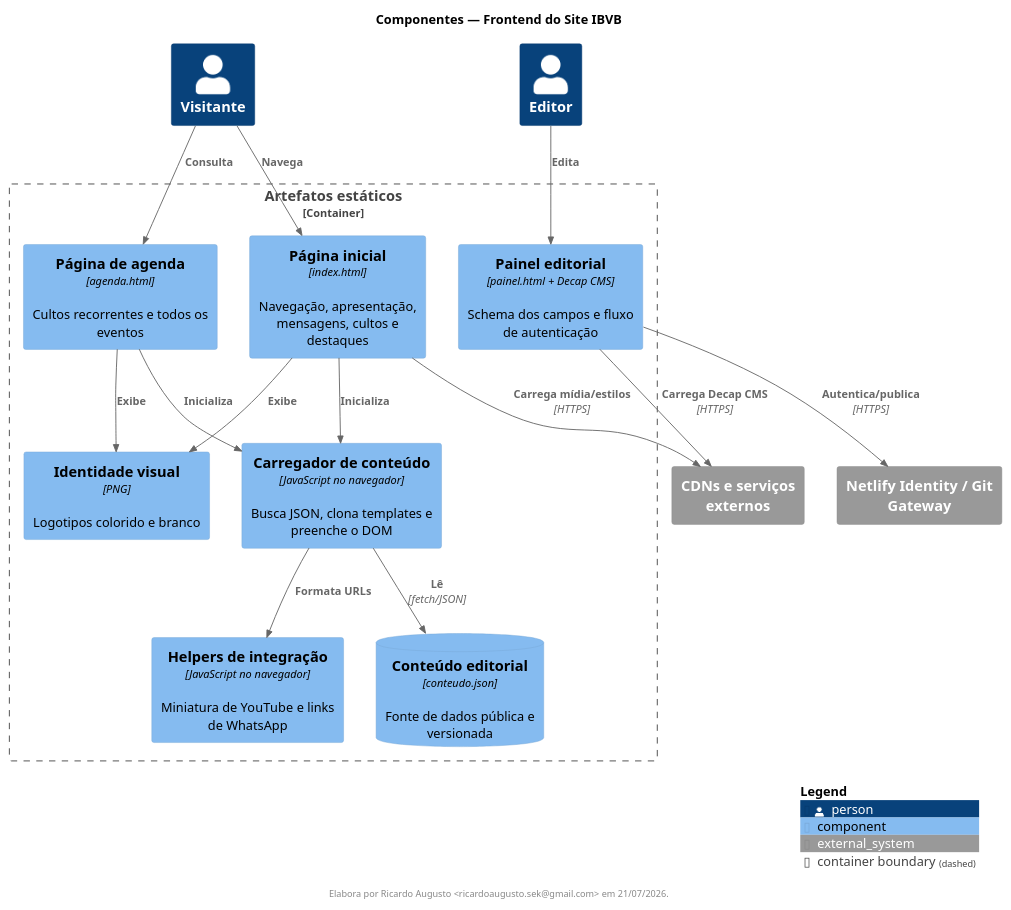
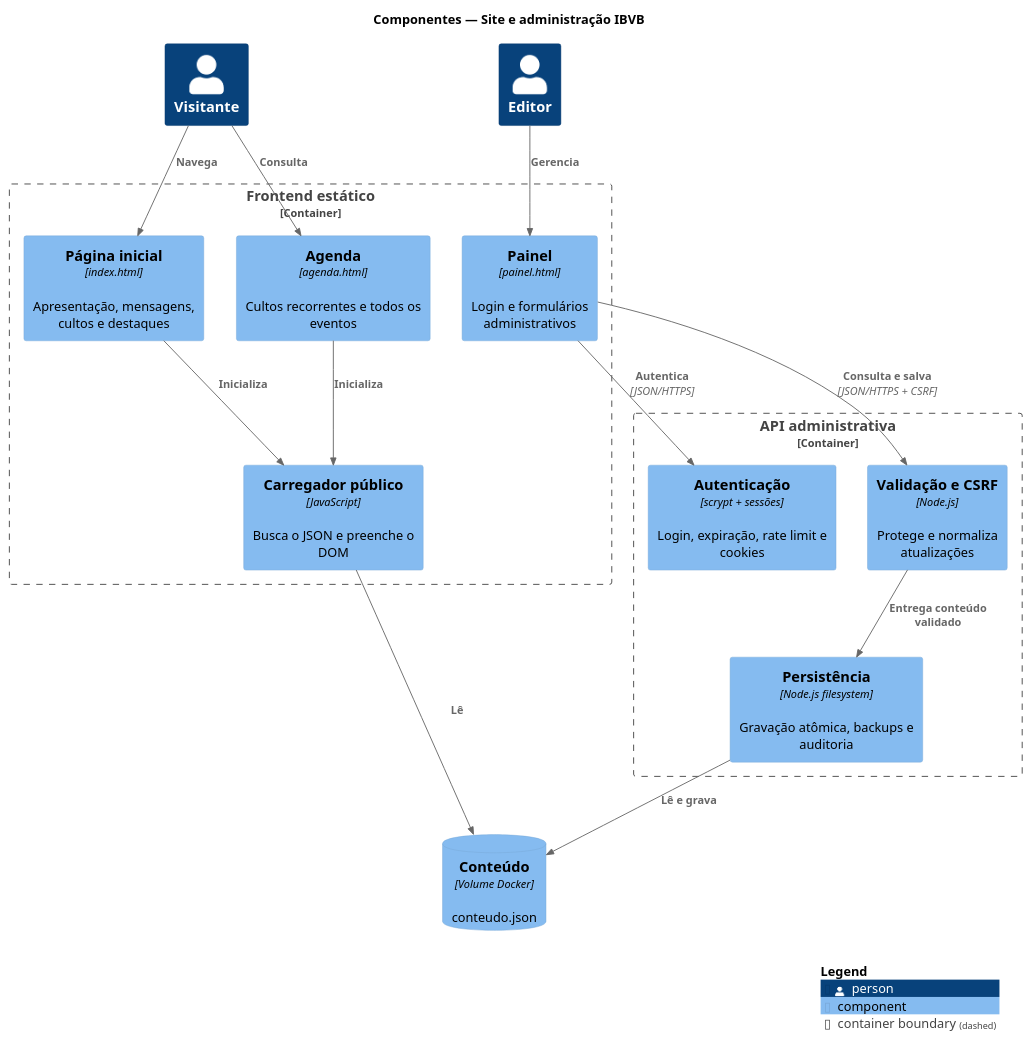
One commit to agenciaho/site-ibvb changed the diagram in documentacao/devops/c4-componentes.puml. Above: the diagram before and after it, drawn with PlantUML. The commit also changed other lines of this file and 16 other files, not shown here.

```diff
--- a/documentacao/devops/c4-componentes.puml
+++ b/documentacao/devops/c4-componentes.puml
@@ -1,38 +1,36 @@
 @startuml C4_Componentes_IBVB
 !includeurl https://raw.githubusercontent.com/plantuml-stdlib/C4-PlantUML/master/C4_Component.puml
 
-title Componentes — Frontend do Site IBVB
+title Componentes — Site e administração IBVB
 
 Person(visitante, "Visitante")
 Person(editor, "Editor")
 
-Container_Boundary(frontend, "Artefatos estáticos") {
-  Component(home, "Página inicial", "index.html", "Navegação, apresentação, mensagens, cultos e destaques")
-  Component(agenda, "Página de agenda", "agenda.html", "Cultos recorrentes e todos os eventos")
-  Component(loader, "Carregador de conteúdo", "JavaScript no navegador", "Busca JSON, clona templates e preenche o DOM")
-  Component(helpers, "Helpers de integração", "JavaScript no navegador", "Miniatura de YouTube e links de WhatsApp")
-  Component(panel, "Painel editorial", "painel.html + Decap CMS", "Schema dos campos e fluxo de autenticação")
-  ComponentDb(json, "Conteúdo editorial", "conteudo.json", "Fonte de dados pública e versionada")
-  Component(assets, "Identidade visual", "PNG", "Logotipos colorido e branco")
+Container_Boundary(frontend, "Frontend estático") {
+  Component(home, "Página inicial", "index.html", "Apresentação, mensagens, cultos e destaques")
+  Component(agenda, "Agenda", "agenda.html", "Cultos recorrentes e todos os eventos")
+  Component(panel, "Painel", "painel.html", "Login e formulários administrativos")
+  Component(loader, "Carregador público", "JavaScript", "Busca o JSON e preenche o DOM")
 }
 
-System_Ext(identity, "Netlify Identity / Git Gateway")
-System_Ext(external, "CDNs e serviços externos")
+Container_Boundary(backend, "API administrativa") {
+  Component(auth, "Autenticação", "scrypt + sessões", "Login, expiração, rate limit e cookies")
+  Component(validation, "Validação e CSRF", "Node.js", "Protege e normaliza atualizações")
+  Component(storage, "Persistência", "Node.js filesystem", "Gravação atômica, backups e auditoria")
+}
+
+ComponentDb(json, "Conteúdo", "Volume Docker", "conteudo.json")
 
 Rel(visitante, home, "Navega")
 Rel(visitante, agenda, "Consulta")
-Rel(editor, panel, "Edita")
+Rel(editor, panel, "Gerencia")
 Rel(home, loader, "Inicializa")
 Rel(agenda, loader, "Inicializa")
-Rel(loader, json, "Lê", "fetch/JSON")
-Rel(loader, helpers, "Formata URLs")
-Rel(home, assets, "Exibe")
-Rel(agenda, assets, "Exibe")
-Rel(panel, identity, "Autentica/publica", "HTTPS")
-Rel(panel, external, "Carrega Decap CMS", "HTTPS")
-Rel(home, external, "Carrega mídia/estilos", "HTTPS")
-
-footer Elabora por Ricardo Augusto <ricardoaugusto.sek@gmail.com> em 21/07/2026.
+Rel(loader, json, "Lê")
+Rel(panel, auth, "Autentica", "JSON/HTTPS")
+Rel(panel, validation, "Consulta e salva", "JSON/HTTPS + CSRF")
+Rel(validation, storage, "Entrega conteúdo validado")
+Rel(storage, json, "Lê e grava")
 
 SHOW_LEGEND()
 @enduml
```
